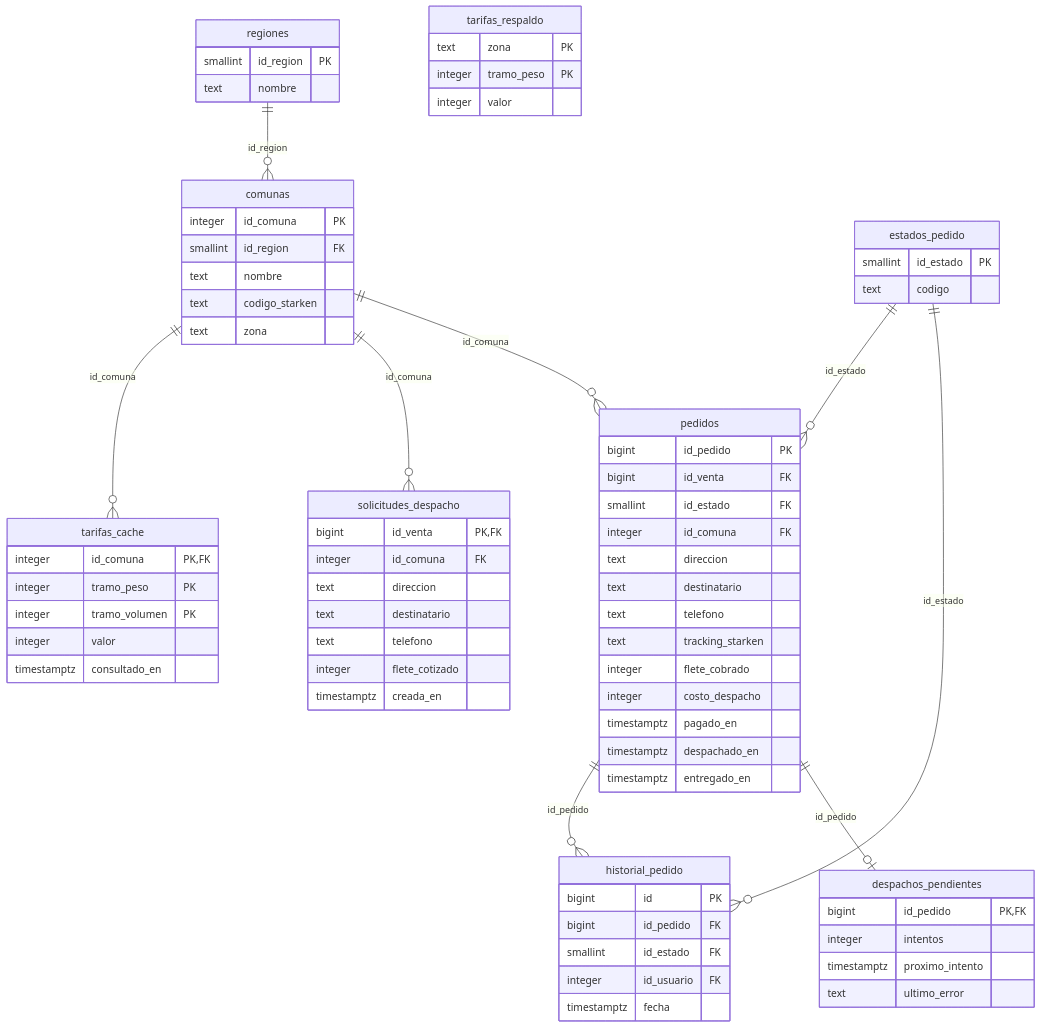
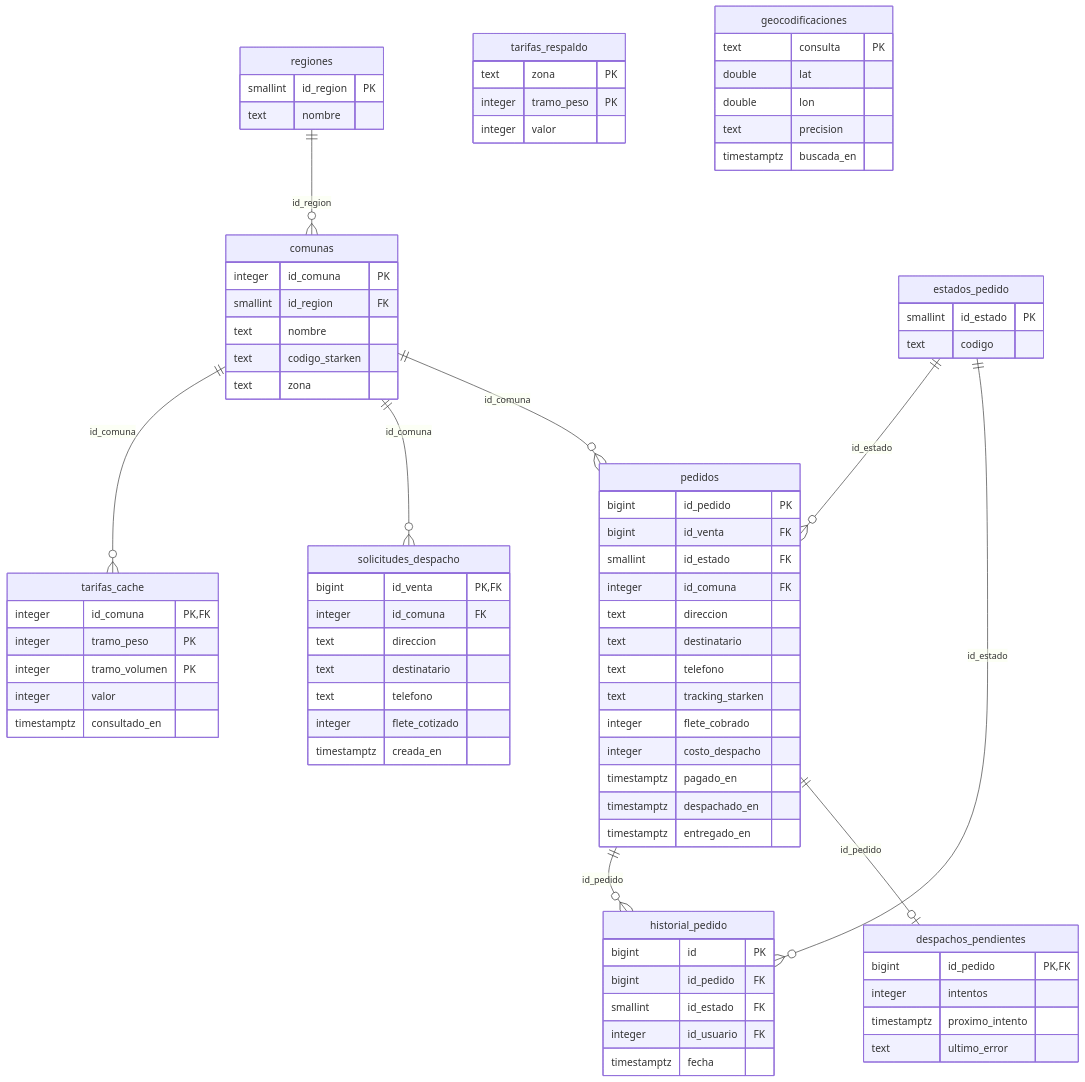
The fifth of 6 diagrams in App-mobile-docker-backend/docs/modelo-datos.md (Hellraiser-2/genim-spa), drawn with Mermaid before and after one commit. The commit also changed 25 other files, not shown here.

````diff
--- a/App-mobile-docker-backend/docs/modelo-datos.md
+++ b/App-mobile-docker-backend/docs/modelo-datos.md
@@ -404,75 +404,82 @@
 ```mermaid
 erDiagram
   comunas {
     integer id_comuna PK
     smallint id_region FK
     text nombre
     text codigo_starken
     text zona
   }
   despachos_pendientes {
     bigint id_pedido PK, FK
     integer intentos
     timestamptz proximo_intento
     text ultimo_error
   }
   estados_pedido {
     smallint id_estado PK
     text codigo
   }
   historial_pedido {
     bigint id PK
     bigint id_pedido FK
     smallint id_estado FK
     integer id_usuario FK
     timestamptz fecha
   }
   pedidos {
     bigint id_pedido PK
     bigint id_venta FK
     smallint id_estado FK
     integer id_comuna FK
     text direccion
     text destinatario
     text telefono
     text tracking_starken
     integer flete_cobrado
     integer costo_despacho
     timestamptz pagado_en
     timestamptz despachado_en
     timestamptz entregado_en
   }
   regiones {
     smallint id_region PK
     text nombre
   }
   solicitudes_despacho {
     bigint id_venta PK, FK
     integer id_comuna FK
     text direccion
     text destinatario
     text telefono
     integer flete_cotizado
     timestamptz creada_en
   }
   tarifas_cache {
     integer id_comuna PK, FK
     integer tramo_peso PK
     integer tramo_volumen PK
     integer valor
     timestamptz consultado_en
   }
   tarifas_respaldo {
     text zona PK
     integer tramo_peso PK
     integer valor
   }
+  geocodificaciones {
+    text consulta PK
+    double lat
+    double lon
+    text precision
+    timestamptz buscada_en
+  }
   regiones ||--o{ comunas : "id_region"
   pedidos ||--o| despachos_pendientes : "id_pedido"
   estados_pedido ||--o{ historial_pedido : "id_estado"
   pedidos ||--o{ historial_pedido : "id_pedido"
   comunas ||--o{ pedidos : "id_comuna"
   estados_pedido ||--o{ pedidos : "id_estado"
   comunas ||--o{ solicitudes_despacho : "id_comuna"
   comunas ||--o{ tarifas_cache : "id_comuna"
 ```
````
